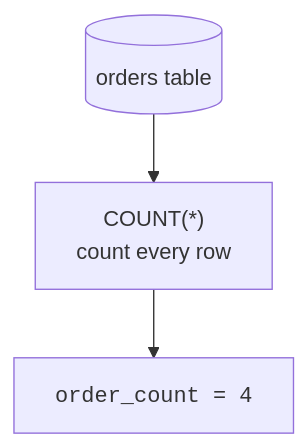
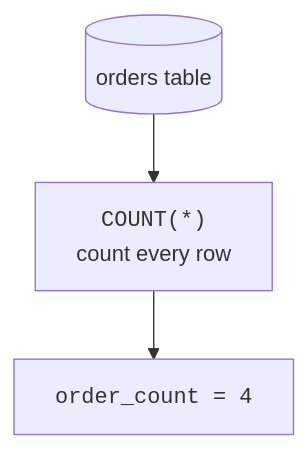
One commit to dataslope/dataslope changed the second of 4 diagrams in content/courses/sqlite-for-beginners/aggregate-functions.mdx. Above: the diagram before and after it, drawn with Mermaid. The commit also changed other lines of this file and 283 other files, not shown here.

First line of the commit message:
Diagrams as elements, not characters: fix the box model, sweep the corpus, and make syntax breakdowns a convention (#652)

````diff
--- a/content/courses/sqlite-for-beginners/aggregate-functions.mdx
+++ b/content/courses/sqlite-for-beginners/aggregate-functions.mdx
@@ -83,5 +93,5 @@
 ```mermaid
 flowchart TB
-    T[("orders table")] --> C["COUNT(*)<br/>count every row"]
+    T[("orders table")] --> C["<code>COUNT(*)</code><br/>count every row"]
     C --> R["<code>order_count = 4</code>"]
 ```
````
